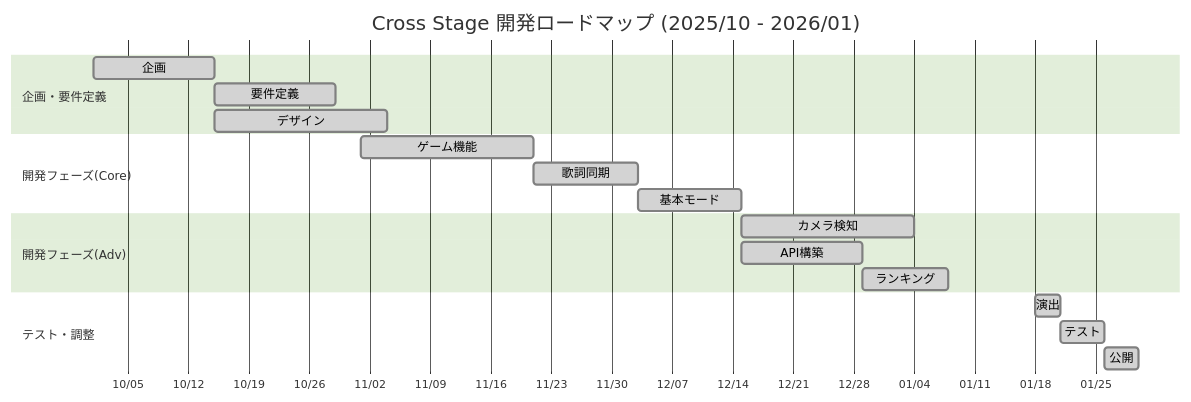
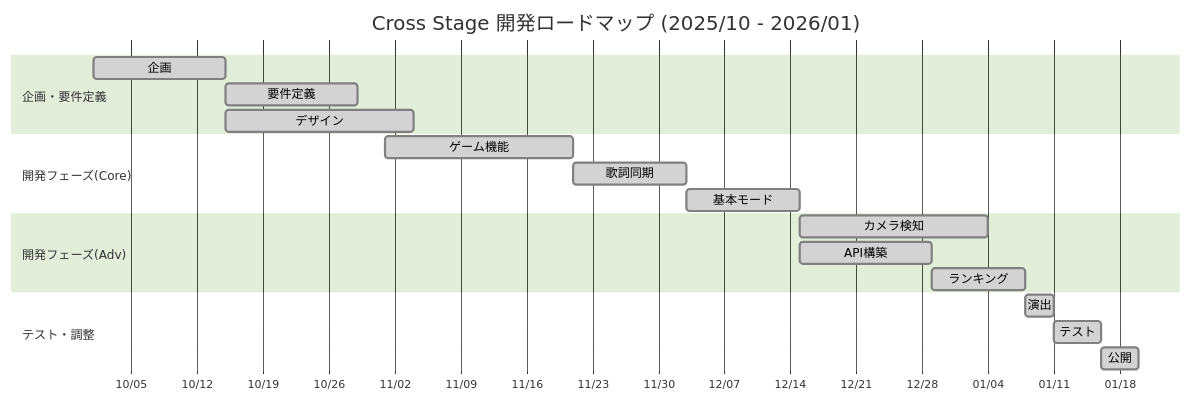
One commit to syusyusyusyu/star changed the sixth of 9 diagrams in README.md. Above: the diagram before and after it, drawn with Mermaid (forest theme).

Commit message:
fix: 演出のスケジュールを2026-01-18から2026-01-08に変更

````diff
--- a/README.md
+++ b/README.md
@@ -193,26 +193,26 @@
 ```mermaid
 gantt
     title Cross Stage 開発ロードマップ (2025/10 - 2026/01)
     dateFormat  YYYY-MM-DD
     axisFormat %m/%d
     
     section 企画・要件定義
     企画               :done, a1, 2025-10-01, 14d
     要件定義           :done, a2, after a1, 14d
     デザイン           :done, a3, after a1, 20d
     
     section 開発フェーズ(Core)
     ゲーム機能       :done, b1, 2025-11-01, 20d
     歌詞同期           :done, b2, after b1, 12d
     基本モード         :done, b3, after b2, 12d
     
     section 開発フェーズ(Adv)
     カメラ検知         :done, c1, after b3, 20d
     API構築            :done, c2, after b3, 14d
     ランキング         :done, c3, after c2, 10d
     
     section テスト・調整
-    演出               :done, d1, 2026-01-18, 3d
+    演出               :done, d1, 2026-01-08, 3d
     テスト             :done, d2, after d1, 5d
     公開               :done, d3, after d2, 4d
 ```
````
